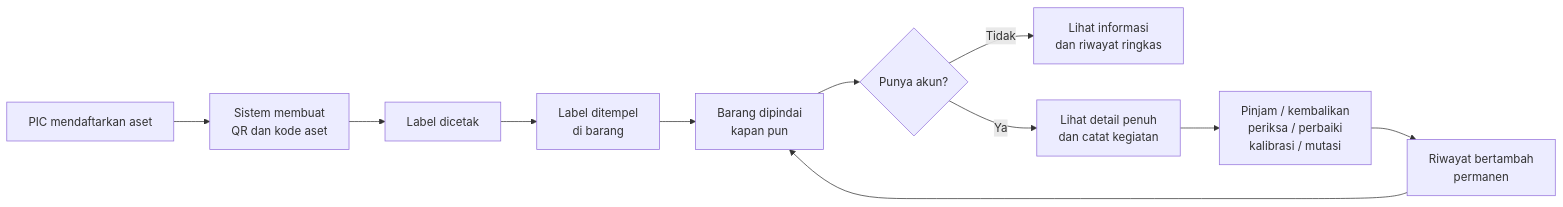
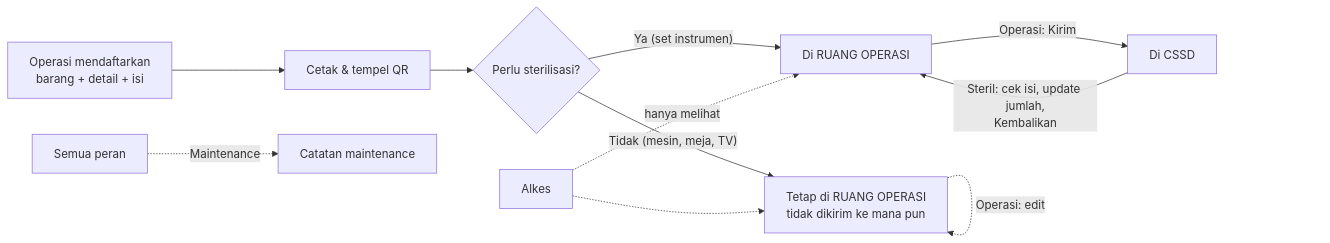
The first of 4 diagrams in docs/05-user-flows.md (mferdinandr/inventory-management), drawn with Mermaid before and after one commit. The commit also changed other lines of this file and 229 other files, not shown here.

````diff
--- a/docs/05-user-flows.md
+++ b/docs/05-user-flows.md
@@ -9,13 +5,13 @@
 ```mermaid
 flowchart LR
-    A["PIC mendaftarkan aset"] --> B["Sistem membuat<br/>QR dan kode aset"]
-    B --> C["Label dicetak"]
-    C --> D["Label ditempel<br/>di barang"]
-    D --> E["Barang dipindai<br/>kapan pun"]
-    E --> F{"Punya akun?"}
-    F -->|Tidak| G["Lihat informasi<br/>dan riwayat ringkas"]
-    F -->|Ya| H["Lihat detail penuh<br/>dan catat kegiatan"]
-    H --> I["Pinjam / kembalikan<br/>periksa / perbaiki<br/>kalibrasi / mutasi"]
-    I --> J["Riwayat bertambah<br/>permanen"]
-    J --> E
+    A["Operasi mendaftarkan<br/>barang + detail + isi"] --> B["Cetak & tempel QR"]
+    B --> C{"Perlu sterilisasi?"}
+    C -->|"Ya (set instrumen)"| D["Di RUANG OPERASI"]
+    D -->|"Operasi: Kirim"| E["Di CSSD"]
+    E -->|"Steril: cek isi, update jumlah,<br/>Kembalikan"| D
+    C -->|"Tidak (mesin, meja, TV)"| F["Tetap di RUANG OPERASI<br/>tidak dikirim ke mana pun"]
+    F -.->|"Operasi: edit"| F
+    G["Alkes"] -.->|"hanya melihat"| D
+    G -.-> F
+    H["Semua peran"] -.->|"Maintenance"| M["Catatan maintenance"]
 ```
````
